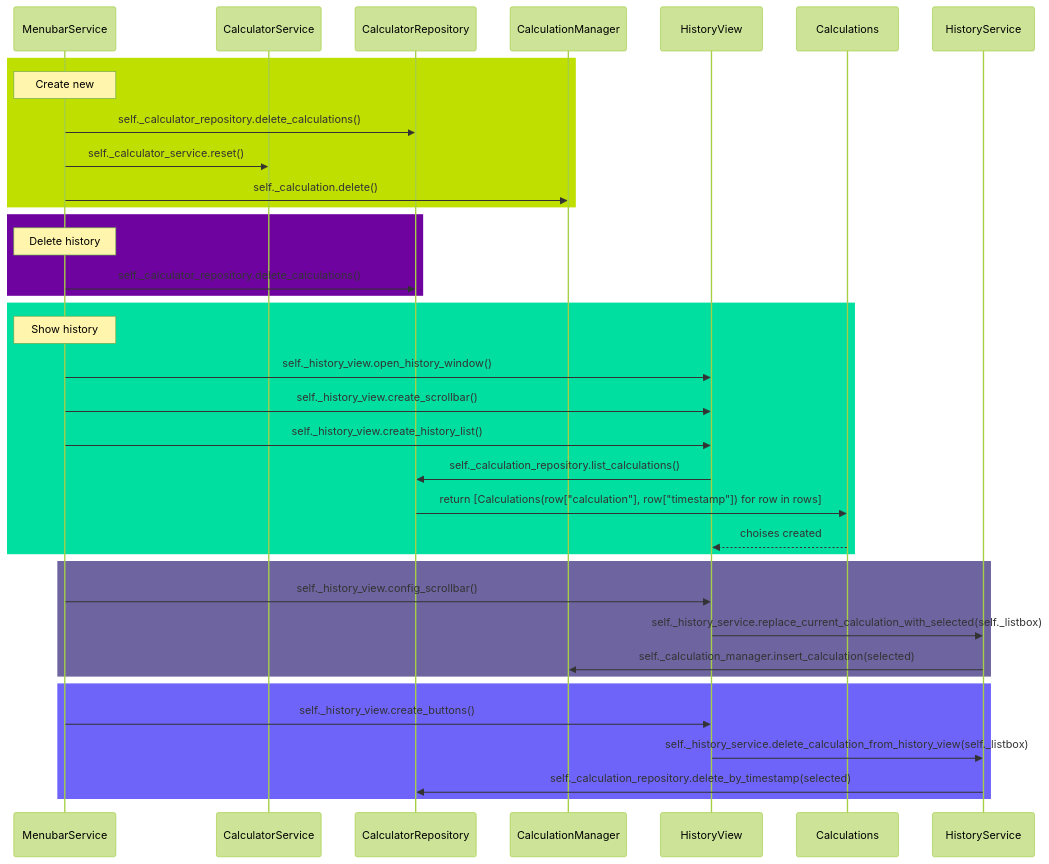
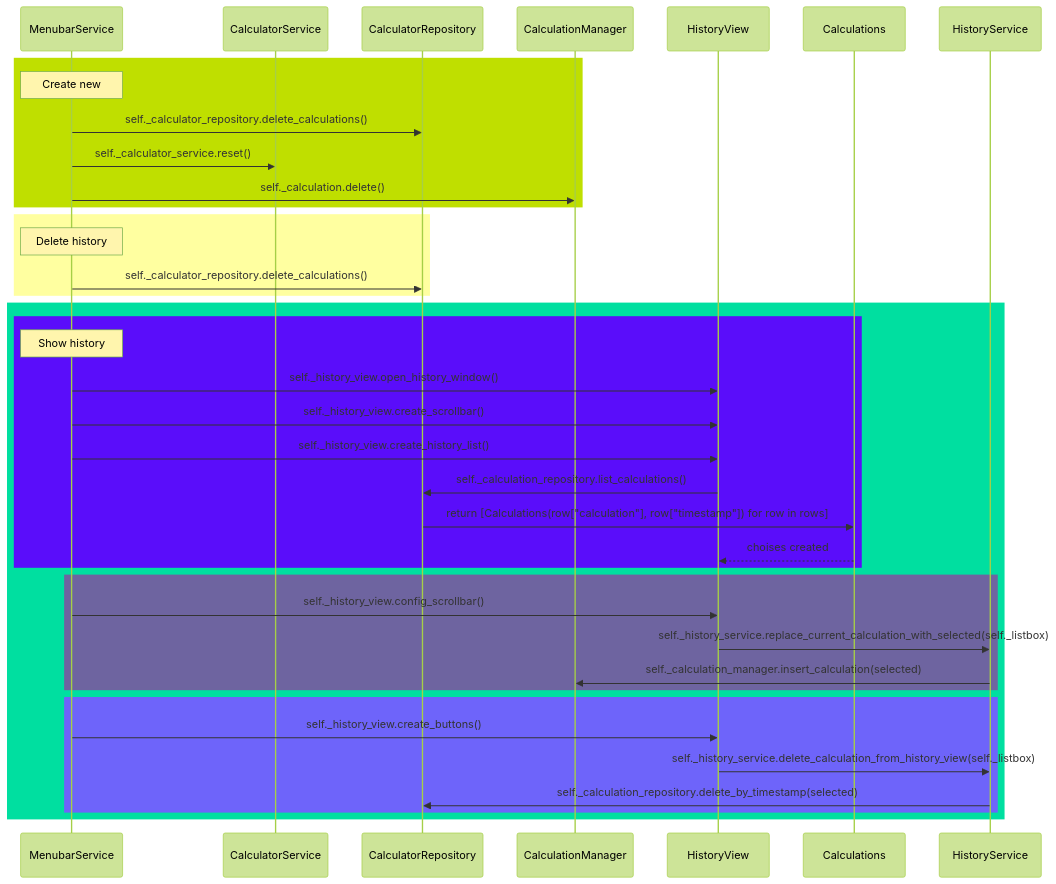
The fifth of 5 diagrams in dokumentaatio/arkkitehtuuri.md (opturtio/Calculator), drawn with Mermaid (forest theme) before and after one commit. The commit also changed other lines of this file, not shown here.

Commit message:
fixing sequenceDiagram colors

````diff
--- a/dokumentaatio/arkkitehtuuri.md
+++ b/dokumentaatio/arkkitehtuuri.md
@@ -122,43 +122,45 @@
 ```mermaid
 sequenceDiagram
     participant MenubarService
     participant CalculatorService
     participant CalculatorRepository
     participant CalculationManager
     participant HistoryView
     participant Calculations
 
     rect rgb(191, 223, 0)
     Note over MenubarService: Create new
     MenubarService->>CalculatorRepository: self._calculator_repository.delete_calculations()
     MenubarService->>CalculatorService: self._calculator_service.reset()
     MenubarService->>CalculationManager: self._calculation.delete()
     end
 
-    rect rgb(110, 3, 160)
+    rect rgb(255, 255, 160)
     Note over MenubarService: Delete history
     MenubarService->>CalculatorRepository: self._calculator_repository.delete_calculations()
     end
 
     rect rgb(0, 223, 160)
+    rect rgb(90, 13, 250)
     Note over MenubarService: Show history
     MenubarService->>HistoryView: self._history_view.open_history_window()
     MenubarService->>HistoryView: self._history_view.create_scrollbar()
     MenubarService->>HistoryView: self._history_view.create_history_list()
     HistoryView->>CalculatorRepository: self._calculation_repository.list_calculations()
     CalculatorRepository->>Calculations: return [Calculations(row["calculation"], row["timestamp"]) for row in rows]
     Calculations-->>HistoryView: choises created
     end
 
     rect rgb(110, 100, 160)
     MenubarService->>HistoryView: self._history_view.config_scrollbar()
     HistoryView->>HistoryService: self._history_service.replace_current_calculation_with_selected(self._listbox)
     HistoryService->>CalculationManager: self._calculation_manager.insert_calculation(selected)
     end
 
     rect rgb(110, 100, 250)
     MenubarService->>HistoryView: self._history_view.create_buttons()
     HistoryView->>HistoryService: self._history_service.delete_calculation_from_history_view(self._listbox)
     HistoryService->>CalculatorRepository: self._calculation_repository.delete_by_timestamp(selected)
     end
+    end
 ```
````
